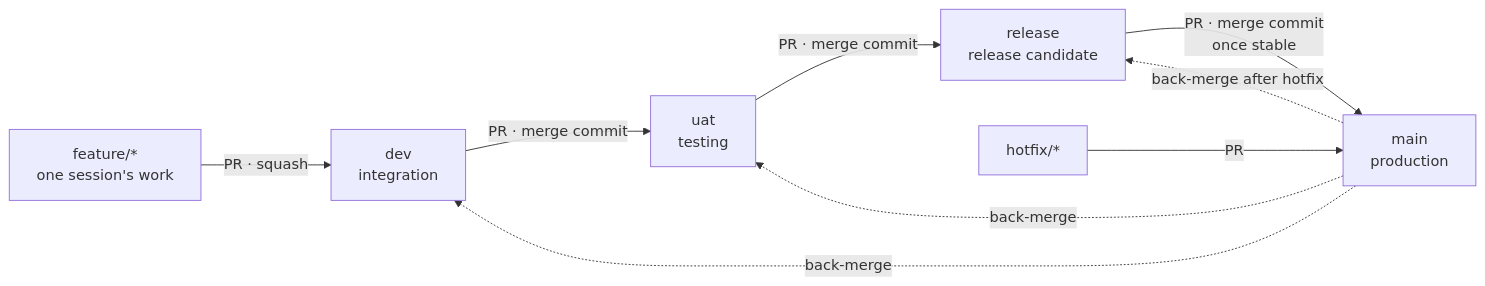
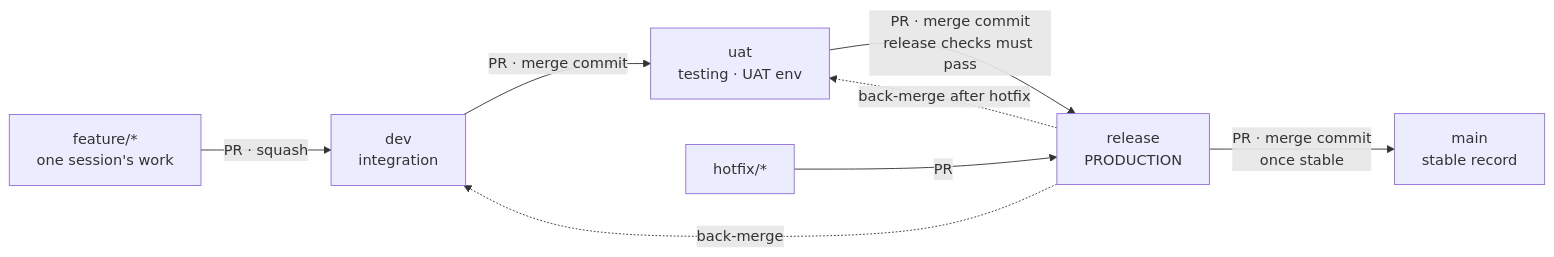
The diagram in docs/BRANCHING.md (kartik8904/slotline), drawn with Mermaid before and after one commit. The commit also changed other lines of this file and 10 other files, not shown here.

First line of the commit message:
docs: release branch deploys to production

````diff
--- a/docs/BRANCHING.md
+++ b/docs/BRANCHING.md
@@ -6,11 +10,10 @@
 ```mermaid
 flowchart LR
   F["feature/*<br/>one session's work"] -- "PR · squash" --> D[dev<br/>integration]
-  D -- "PR · merge commit" --> U[uat<br/>testing]
-  U -- "PR · merge commit" --> R[release<br/>release candidate]
-  R -- "PR · merge commit<br/>once stable" --> M[main<br/>production]
-  H["hotfix/*"] -- "PR" --> M
-  M -. "back-merge after hotfix" .-> R
-  M -. back-merge .-> U
-  M -. back-merge .-> D
+  D -- "PR · merge commit" --> U[uat<br/>testing · UAT env]
+  U -- "PR · merge commit<br/>release checks must pass" --> R[release<br/>PRODUCTION]
+  R -- "PR · merge commit<br/>once stable" --> M[main<br/>stable record]
+  H["hotfix/*"] -- "PR" --> R
+  R -. "back-merge after hotfix" .-> U
+  R -. back-merge .-> D
 ```
````
